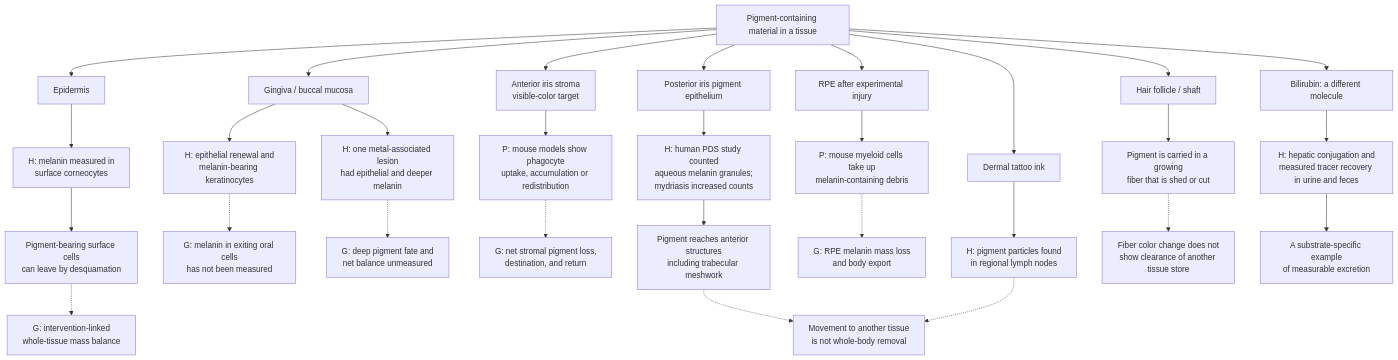
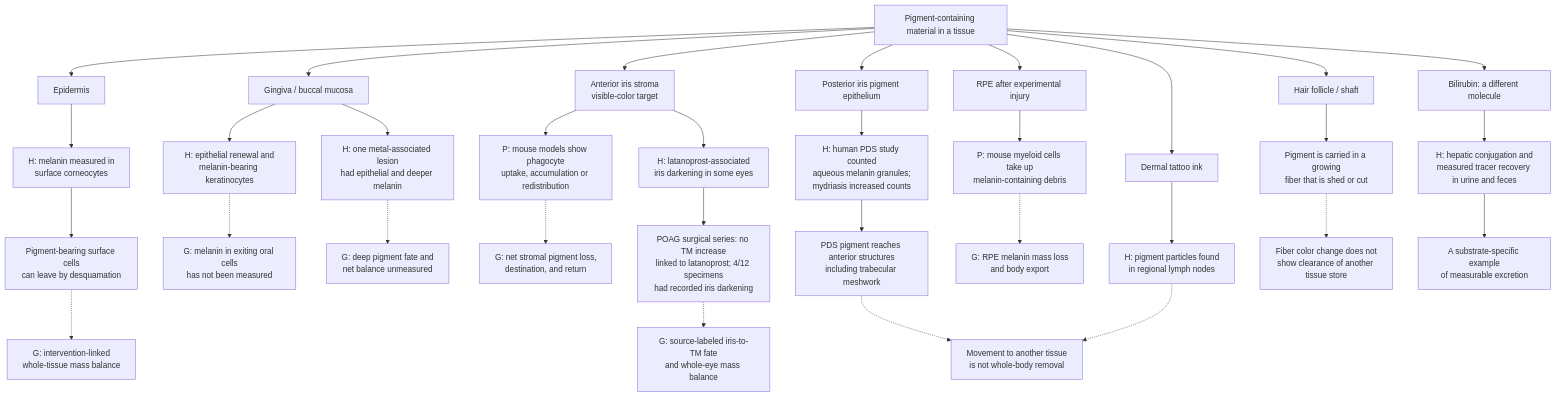
The seventh of 11 diagrams in research/selective-clearance-framework.md (dylanstechmann/iris-color-without-contacts), drawn with Mermaid before and after one commit. The commit also changed other lines of this file, not shown here.

Commit message:
Separate iris color from meshwork burden

````diff
--- a/research/selective-clearance-framework.md
+++ b/research/selective-clearance-framework.md
@@ -172,32 +172,35 @@
 ```mermaid
 flowchart TD
     A["Pigment-containing material in a tissue"]
     A --> S["Epidermis"]
     S --> SC["H: melanin measured in<br/>surface corneocytes"]
     SC --> SS["Pigment-bearing surface cells<br/>can leave by desquamation"]
     SS -.-> SG["G: intervention-linked<br/>whole-tissue mass balance"]
     A --> G["Gingiva / buccal mucosa"]
     G --> GE["H: epithelial renewal and<br/>melanin-bearing keratinocytes"]
     GE -.-> GG["G: melanin in exiting oral cells<br/>has not been measured"]
     G --> GM["H: one metal-associated lesion<br/>had epithelial and deeper melanin"]
     GM -.-> GMD["G: deep pigment fate and<br/>net balance unmeasured"]
     A --> IS["Anterior iris stroma<br/>visible-color target"]
     IS --> ISP["P: mouse models show phagocyte<br/>uptake, accumulation or redistribution"]
     ISP -.-> ISG["G: net stromal pigment loss,<br/>destination, and return"]
     A --> IPE["Posterior iris pigment epithelium"]
     IPE --> AQ["H: human PDS study counted<br/>aqueous melanin granules;<br/>mydriasis increased counts"]
-    AQ --> TM["Pigment reaches anterior structures<br/>including trabecular meshwork"]
+    AQ --> TM["PDS pigment reaches anterior structures<br/>including trabecular meshwork"]
+    IS --> LAT["H: latanoprost-associated<br/>iris darkening in some eyes"]
+    LAT --> LT["POAG surgical series: no TM increase<br/>linked to latanoprost; 4/12 specimens<br/>had recorded iris darkening"]
+    LT -.-> LG["G: source-labeled iris-to-TM fate<br/>and whole-eye mass balance"]
     TM -.-> TG["G: whole-eye exit and safe<br/>elimination; outflow function at risk"]
     A --> R["RPE after experimental injury"]
     R --> RP["P: mouse myeloid cells take up<br/>melanin-containing debris"]
     RP -.-> RG["G: RPE melanin mass loss<br/>and body export"]
     A --> T["Dermal tattoo ink"]
     T --> TN["H: pigment particles found<br/>in regional lymph nodes"]
     TN -.-> TG["Movement to another tissue<br/>is not whole-body removal"]
     A --> H["Hair follicle / shaft"]
     H --> HS["Pigment is carried in a growing<br/>fiber that is shed or cut"]
     HS -.-> HG["Fiber color change does not<br/>show clearance of another tissue store"]
     A --> B["Bilirubin: a different molecule"]
     B --> BL["H: hepatic conjugation and<br/>measured tracer recovery in urine and feces"]
     BL --> BX["A substrate-specific example<br/>of measurable excretion"]
 ```
````
